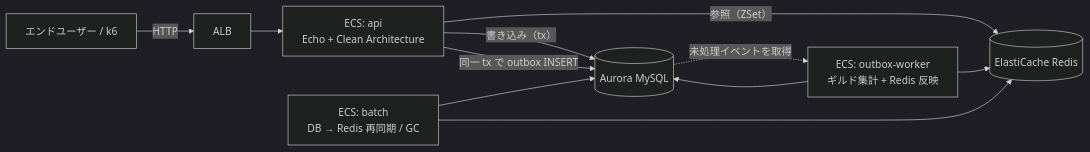
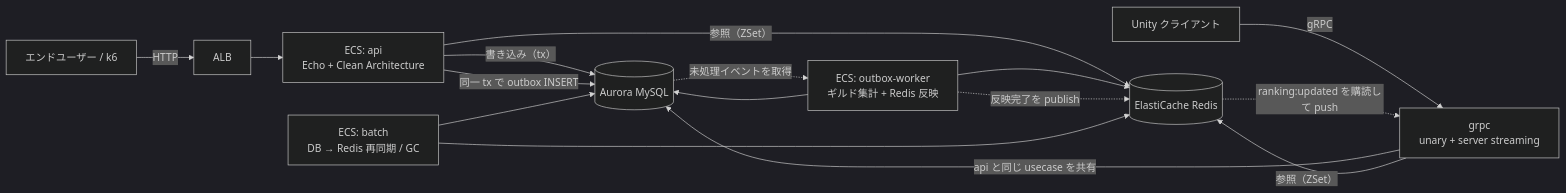
Before and after one commit to uchidas-rogue/game-api-sample: the diagram in README.md, drawn with Mermaid (dark theme). The commit also changed other lines of this file and 6 other files, not shown here.

````diff
--- a/README.md
+++ b/README.md
@@ -15,16 +15,22 @@
 ```mermaid
 flowchart LR
     U["エンドユーザー / k6"] -->|HTTP| ALB[ALB]
     ALB --> API["ECS: api<br/>Echo + Clean Architecture"]
+    C["Unity クライアント"] -->|gRPC| G["grpc<br/>unary + server streaming"]
 
     API -->|"書き込み（tx）"| DB[("Aurora MySQL")]
     API -->|"参照（ZSet）"| R[("ElastiCache Redis")]
     API -->|"同一 tx で outbox INSERT"| DB
 
+    G -->|"api と同じ usecase を共有"| DB
+    G -->|"参照（ZSet）"| R
+
     DB -.->|"未処理イベントを取得"| W["ECS: outbox-worker<br/>ギルド集計 + Redis 反映"]
     W --> DB
     W --> R
+    W -.->|"反映完了を publish"| R
+    R -.->|"ranking:updated を購読して push"| G
 
     B["ECS: batch<br/>DB → Redis 再同期 / GC"] --> DB
     B --> R
 ```
````
